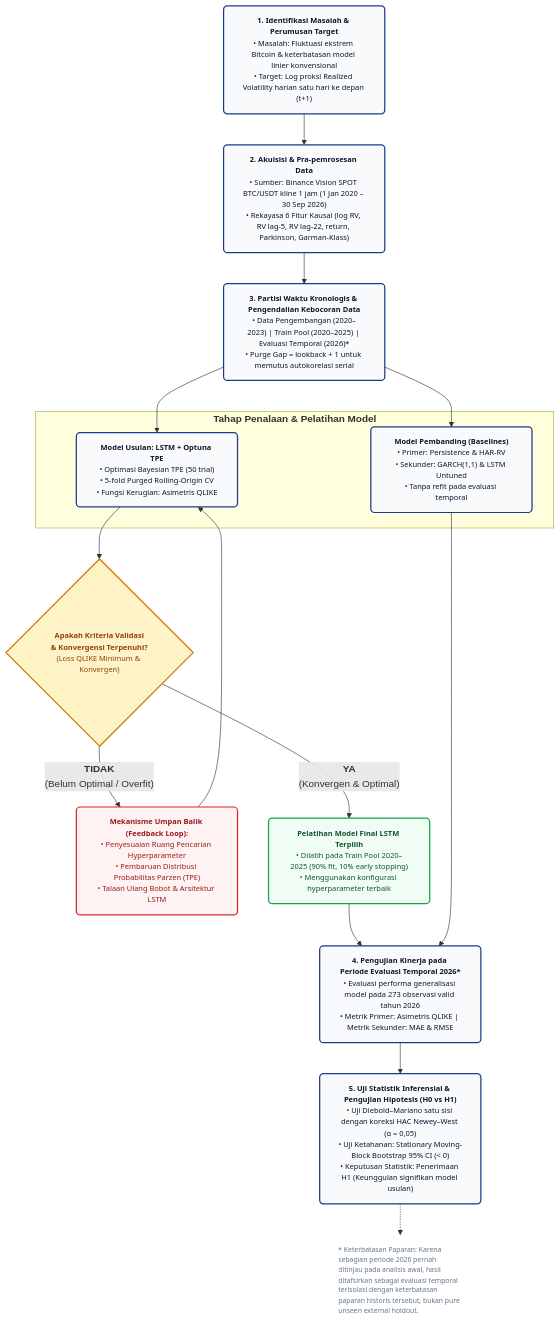
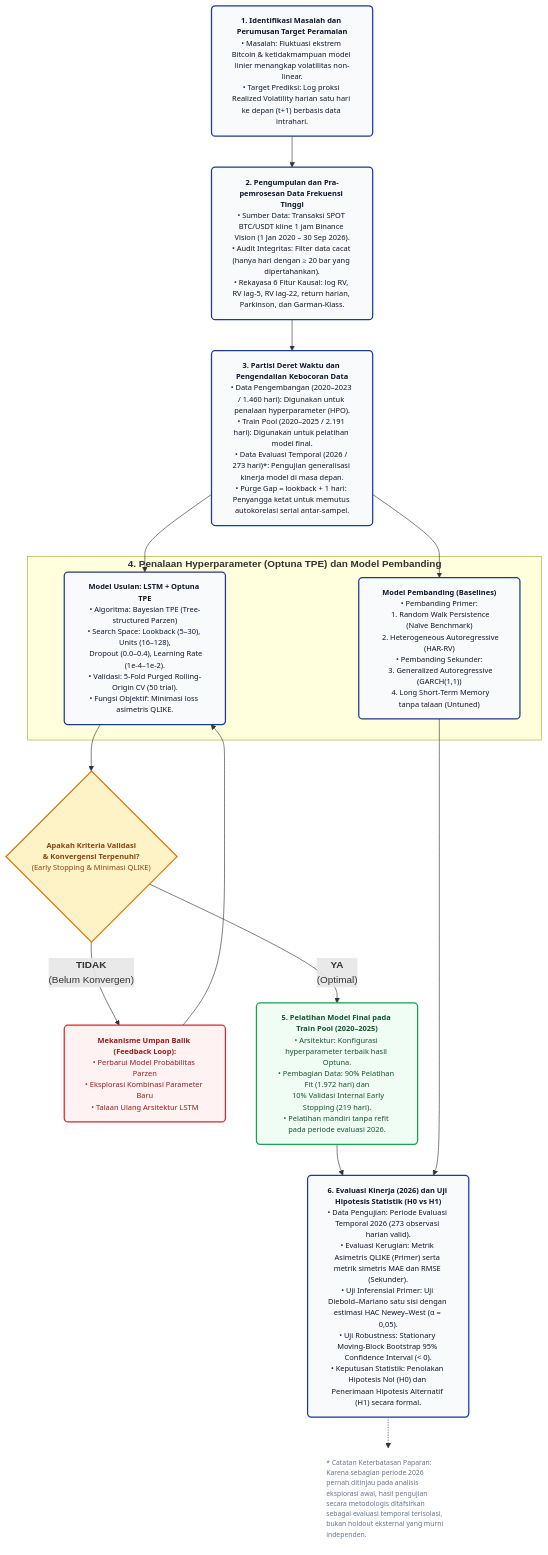
Before and after one commit to zeen-lien/OptimasiBTC: the second of 3 diagrams in 03_Naskah_Skripsi/study2/figures/KODE_DIAGRAM_DRAWIO.md, drawn with Mermaid. The commit also changed other lines of this file and 7 other files, not shown here.

Commit message:
fix(diagram): perbaiki Gambar 2.2 format vertikal ke bawah, sinkronkan 6 tahap 1:1 terhadap teks naskah, dan render ulang BAB 1-3.pdf

````diff
--- a/03_Naskah_Skripsi/study2/figures/KODE_DIAGRAM_DRAWIO.md
+++ b/03_Naskah_Skripsi/study2/figures/KODE_DIAGRAM_DRAWIO.md
@@ -129,47 +129,44 @@
 ```mermaid
 flowchart TD
     %% Styling Global
     classDef default font-family:'Segoe UI',Arial,sans-serif,font-size:12px;
     classDef stageBox fill:#F8FAFC,stroke:#1E3A8A,stroke-width:2px,color:#0F172A,rx:6px,ry:6px;
     classDef decision fill:#FEF3C7,stroke:#D97706,stroke-width:2px,color:#92400E,rx:4px,ry:4px;
     classDef loopBox fill:#FEF2F2,stroke:#DC2626,stroke-width:2px,color:#991B1B,rx:6px,ry:6px;
     classDef successBox fill:#F0FDF4,stroke:#16A34A,stroke-width:2px,color:#14532D,rx:6px,ry:6px;
     classDef note fill:none,stroke:none,color:#64748B,font-size:11px,text-align:left;
 
-    A["<b>1. Identifikasi Masalah & Perumusan Target</b><br/>• Masalah: Fluktuasi ekstrem Bitcoin & keterbatasan model linier konvensional<br/>• Target: Log proksi Realized Volatility harian satu hari ke depan (t+1)"]:::stageBox
+    A["<b>1. Identifikasi Masalah dan Perumusan Target Peramalan</b><br/>• Masalah: Fluktuasi ekstrem Bitcoin & ketidakmampuan model linier menangkap volatilitas non-linear.<br/>• Target Prediksi: Log proksi Realized Volatility harian satu hari ke depan (t+1) berbasis data intrahari."]:::stageBox
 
-    B["<b>2. Akuisisi & Pra-pemrosesan Data</b><br/>• Sumber: Binance Vision SPOT BTC/USDT kline 1 jam (1 Jan 2020 – 30 Sep 2026)<br/>• Rekayasa 6 Fitur Kausal (log RV, RV lag-5, RV lag-22, return, Parkinson, Garman-Klass)"]:::stageBox
+    B["<b>2. Pengumpulan dan Pra-pemrosesan Data Frekuensi Tinggi</b><br/>• Sumber Data: Transaksi SPOT BTC/USDT kline 1 jam Binance Vision (1 Jan 2020 – 30 Sep 2026).<br/>• Audit Integritas: Filter data cacat (hanya hari dengan ≥ 20 bar yang dipertahankan).<br/>• Rekayasa 6 Fitur Kausal: log RV, RV lag-5, RV lag-22, return harian, Parkinson, dan Garman-Klass."]:::stageBox
 
-    C["<b>3. Partisi Waktu Kronologis & Pengendalian Kebocoran Data</b><br/>• Data Pengembangan (2020–2023) | Train Pool (2020–2025) | Evaluasi Temporal (2026)*<br/>• Purge Gap = lookback + 1 untuk memutus autokorelasi serial"]:::stageBox
+    C["<b>3. Partisi Deret Waktu dan Pengendalian Kebocoran Data</b><br/>• Data Pengembangan (2020–2023 / 1.460 hari): Digunakan untuk penalaan hyperparameter (HPO).<br/>• Train Pool (2020–2025 / 2.191 hari): Digunakan untuk pelatihan model final.<br/>• Data Evaluasi Temporal (2026 / 273 hari)*: Pengujian generalisasi kinerja model di masa depan.<br/>• Purge Gap = lookback + 1 hari: Penyangga ketat untuk memutus autokorelasi serial antar-sampel."]:::stageBox
 
-    subgraph Pemodelan ["<b>Tahap Penalaan & Pelatihan Model</b>"]
-        D1["<b>Model Usulan: LSTM + Optuna TPE</b><br/>• Optimasi Bayesian TPE (50 trial)<br/>• 5-fold Purged Rolling-Origin CV<br/>• Fungsi Kerugian: Asimetris QLIKE"]:::stageBox
-        D2["<b>Model Pembanding (Baselines)</b><br/>• Primer: Persistence & HAR-RV<br/>• Sekunder: GARCH(1,1) & LSTM Untuned<br/>• Tanpa refit pada evaluasi temporal"]:::stageBox
+    subgraph Tahap4 ["<b>4. Penalaan Hyperparameter (Optuna TPE) dan Model Pembanding</b>"]
+        D1["<b>Model Usulan: LSTM + Optuna TPE</b><br/>• Algoritma: Bayesian TPE (Tree-structured Parzen)<br/>• Search Space: Lookback (5–30), Units (16–128),<br/>  Dropout (0.0–0.4), Learning Rate (1e-4–1e-2).<br/>• Validasi: 5-Fold Purged Rolling-Origin CV (50 trial).<br/>• Fungsi Objektif: Minimasi loss asimetris QLIKE."]:::stageBox
+        D2["<b>Model Pembanding (Baselines)</b><br/>• Pembanding Primer:<br/>  1. Random Walk Persistence (Naïve Benchmark)<br/>  2. Heterogeneous Autoregressive (HAR-RV)<br/>• Pembanding Sekunder:<br/>  3. Generalized Autoregressive (GARCH(1,1))<br/>  4. Long Short-Term Memory tanpa talaan (Untuned)"]:::stageBox
     end
 
-    DECISION{"<b>Apakah Kriteria Validasi<br/>& Konvergensi Terpenuhi?</b><br/>(Loss QLIKE Minimum & Konvergen)"}:::decision
+    DECISION{"<b>Apakah Kriteria Validasi<br/>& Konvergensi Terpenuhi?</b><br/>(Early Stopping & Minimasi QLIKE)"}:::decision
 
-    LOOP["<b>Mekanisme Umpan Balik (Feedback Loop):</b><br/>• Penyesuaian Ruang Pencarian Hyperparameter<br/>• Pembaruan Distribusi Probabilitas Parzen (TPE)<br/>• Talaan Ulang Bobot & Arsitektur LSTM"]:::loopBox
+    LOOP["<b>Mekanisme Umpan Balik (Feedback Loop):</b><br/>• Perbarui Model Probabilitas Parzen<br/>• Eksplorasi Kombinasi Parameter Baru<br/>• Talaan Ulang Arsitektur LSTM"]:::loopBox
 
-    FINAL["<b>Pelatihan Model Final LSTM Terpilih</b><br/>• Dilatih pada Train Pool 2020–2025 (90% fit, 10% early stopping)<br/>• Menggunakan konfigurasi hyperparameter terbaik"]:::successBox
+    FINAL["<b>5. Pelatihan Model Final pada Train Pool (2020–2025)</b><br/>• Arsitektur: Konfigurasi hyperparameter terbaik hasil Optuna.<br/>• Pembagian Data: 90% Pelatihan Fit (1.972 hari) dan<br/>  10% Validasi Internal Early Stopping (219 hari).<br/>• Pelatihan mandiri tanpa refit pada periode evaluasi 2026."]:::successBox
 
-    E["<b>4. Pengujian Kinerja pada Periode Evaluasi Temporal 2026*</b><br/>• Evaluasi performa generalisasi model pada 273 observasi valid tahun 2026<br/>• Metrik Primer: Asimetris QLIKE | Metrik Sekunder: MAE & RMSE"]:::stageBox
+    E["<b>6. Evaluasi Kinerja (2026) dan Uji Hipotesis Statistik (H0 vs H1)</b><br/>• Data Pengujian: Periode Evaluasi Temporal 2026 (273 observasi harian valid).<br/>• Evaluasi Kerugian: Metrik Asimetris QLIKE (Primer) serta metrik simetris MAE dan RMSE (Sekunder).<br/>• Uji Inferensial Primer: Uji Diebold–Mariano satu sisi dengan estimasi HAC Newey–West (α = 0,05).<br/>• Uji Robustness: Stationary Moving-Block Bootstrap 95% Confidence Interval (&lt; 0).<br/>• Keputusan Statistik: Penolakan Hipotesis Nol (H0) dan Penerimaan Hipotesis Alternatif (H1) secara formal."]:::stageBox
 
-    F["<b>5. Uji Statistik Inferensial & Pengujian Hipotesis (H0 vs H1)</b><br/>• Uji Diebold–Mariano satu sisi dengan koreksi HAC Newey–West (α = 0,05)<br/>• Uji Ketahanan: Stationary Moving-Block Bootstrap 95% CI (< 0)<br/>• Keputusan Statistik: Penerimaan H1 (Keunggulan signifikan model usulan)"]:::stageBox
-
-    N["* Keterbatasan Paparan: Karena sebagian periode 2026 pernah ditinjau pada analisis awal, hasil ditafsirkan sebagai evaluasi temporal terisolasi dengan keterbatasan paparan historis tersebut, bukan pure unseen external holdout."]:::note
+    N["* Catatan Keterbatasan Paparan: Karena sebagian periode 2026 pernah ditinjau pada analisis eksplorasi awal, hasil pengujian secara metodologis ditafsirkan sebagai evaluasi temporal terisolasi, bukan holdout eksternal yang murni independen."]:::note
 
     %% Alur Panah
     A --> B
     B --> C
     C --> D1
     C --> D2
     D1 --> DECISION
-    DECISION -- "<b>TIDAK</b><br/>(Belum Optimal / Overfit)" --> LOOP
+    DECISION -- "<b>TIDAK</b><br/>(Belum Konvergen)" --> LOOP
     LOOP --> D1
-    DECISION -- "<b>YA</b><br/>(Konvergen & Optimal)" --> FINAL
+    DECISION -- "<b>YA</b><br/>(Optimal)" --> FINAL
     FINAL --> E
     D2 --> E
-    E --> F
-    F -.-> N
+    E -.-> N
 ```
````
